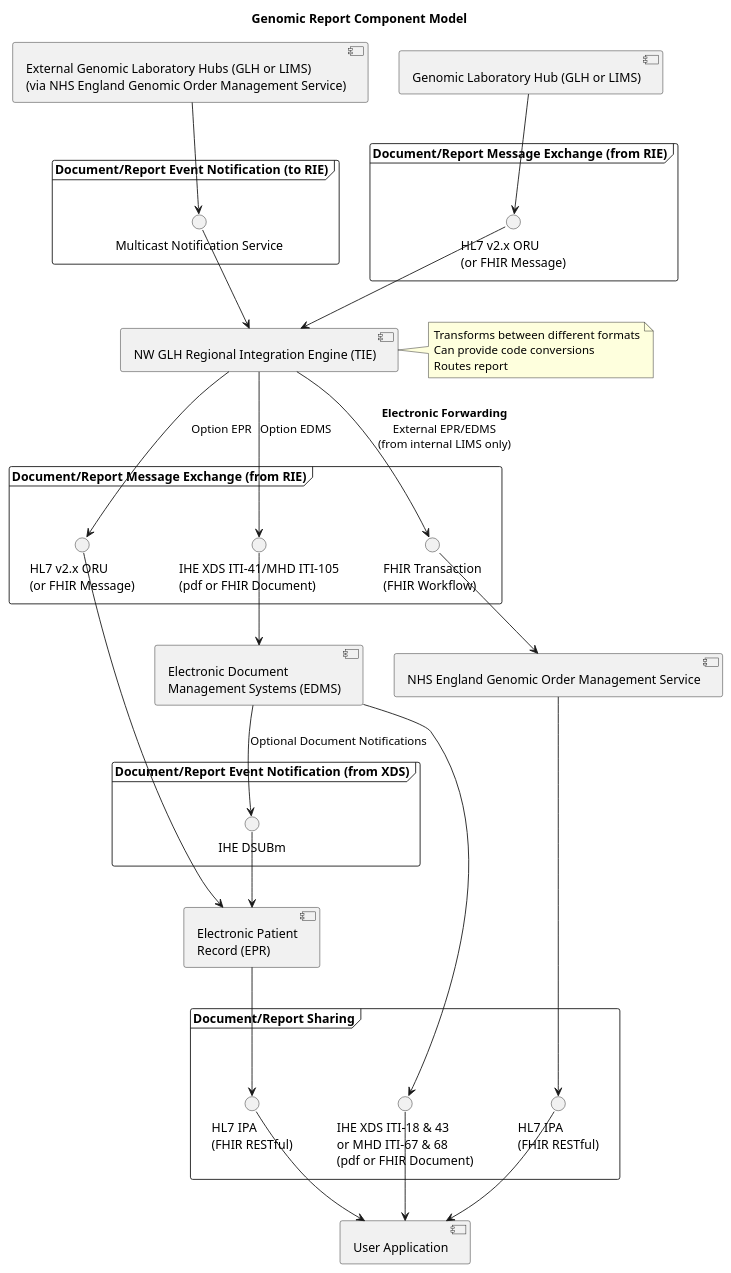
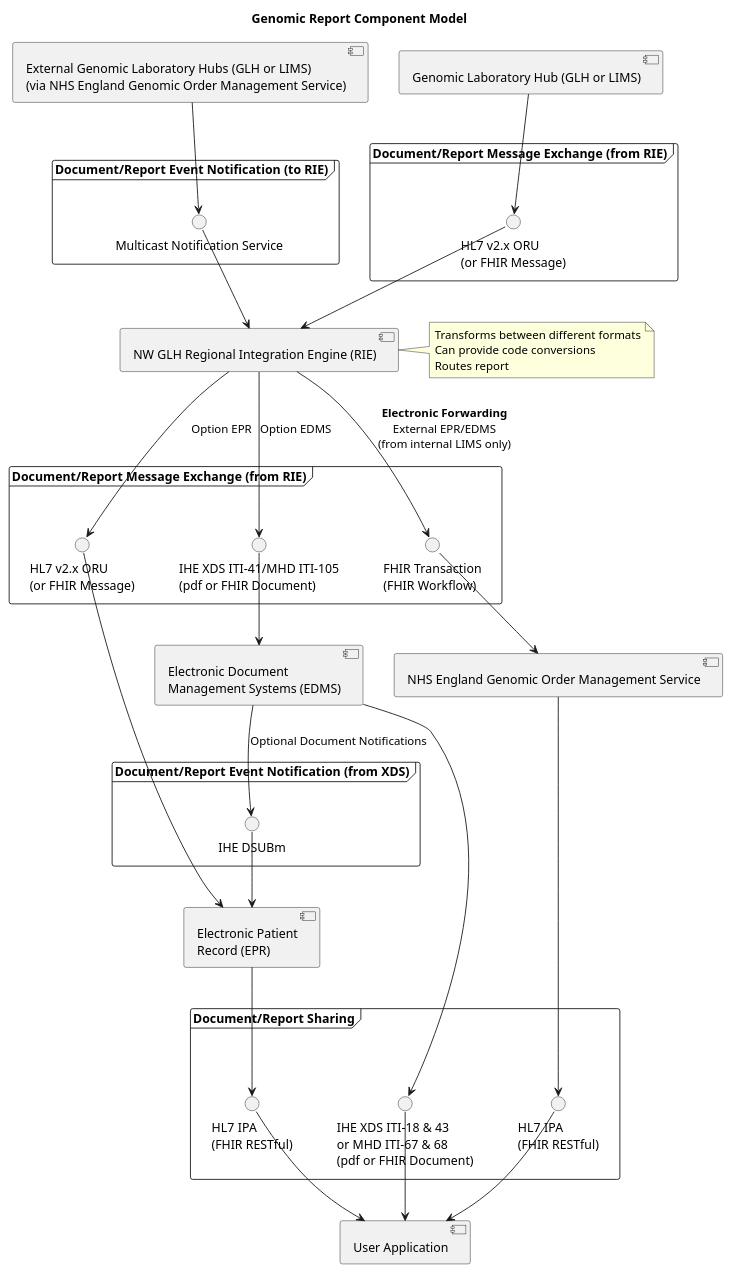
One commit to nw-gmsa/nw-gmsa.github.com changed the diagram in input/images-source/reports-component.plantuml. Above: the diagram before and after it, drawn with PlantUML. The commit also changed 3 other files, not shown here.

```diff
--- a/input/images-source/reports-component.plantuml
+++ b/input/images-source/reports-component.plantuml
@@ -1,77 +1,77 @@
 @startuml
 
 title "Genomic Report Component Model"
 
 component "Genomic Laboratory Hub (GLH or LIMS)" as LIMS
 component "External Genomic Laboratory Hubs (GLH or LIMS)\n(via NHS England Genomic Order Management Service)" as xLIMS
 
 component "Electronic Patient\nRecord (EPR)" as EPR
 
 component "Electronic Document\nManagement Systems (EDMS)" as EDMS
 
-component "NW GLH Regional Integration Engine (TIE)" as TIE
+component "NW GLH Regional Integration Engine (RIE)" as TIE
 component "NHS England Genomic Order Management Service" as GOMS
 
 frame "Document/Report Event Notification (to RIE)" as xNofify1 {
  interface "Multicast Notification Service" as MNS
 }
 frame "Document/Report Event Notification (from XDS)" as xNofify2 {
 interface "IHE DSUBm" as DSUBm
 }
 
 frame "Document/Report Message Exchange (from RIE)" as xChange1 {
  interface "HL7 v2.x ORU\n(or FHIR Message)" as HL7_ORU1
 }
 
 frame "Document/Report Message Exchange (from RIE)" as xChange2 {
 
  interface "HL7 v2.x ORU\n(or FHIR Message)" as HL7_ORU2
  interface "IHE XDS ITI-41/MHD ITI-105\n(pdf or FHIR Document)" as MHD105
  interface "FHIR Transaction\n(FHIR Workflow)" as Transaction
 }
 
 
 frame "Document/Report Sharing" as xShare {
   interface "HL7 IPA\n(FHIR RESTful)" as IPA
   interface "IHE XDS ITI-18 & 43\nor MHD ITI-67 & 68\n(pdf or FHIR Document)" as MHD67
   interface "HL7 IPA\n(FHIR RESTful)" as IPA2
 }
 
 
 
 
 component "User Application" as user
 
 LIMS -d-> HL7_ORU1
 HL7_ORU1 -d-> TIE
 
 xLIMS -d-> MNS
 MNS -d-> TIE
 
 TIE -d-> HL7_ORU2 : Option EPR
 HL7_ORU2 -d-> EPR
 
 TIE -d-> MHD105 : Option EDMS
 MHD105 -d-> EDMS
 
 TIE -d-> Transaction : **Electronic Forwarding**\nExternal EPR/EDMS\n(from internal LIMS only)
 Transaction -d-> GOMS
 GOMS -d-> IPA2
 
 EDMS -d-> MHD67
 EPR -d-> IPA
 
 IPA -d-> user
 MHD67 -d-> user
 IPA2 -d-> user
 
 EDMS --> DSUBm : Optional Document Notifications
 DSUBm --> EPR
 
 note right of TIE
 Transforms between different formats
 Can provide code conversions
 Routes report
 end note
 
 @enduml
```
